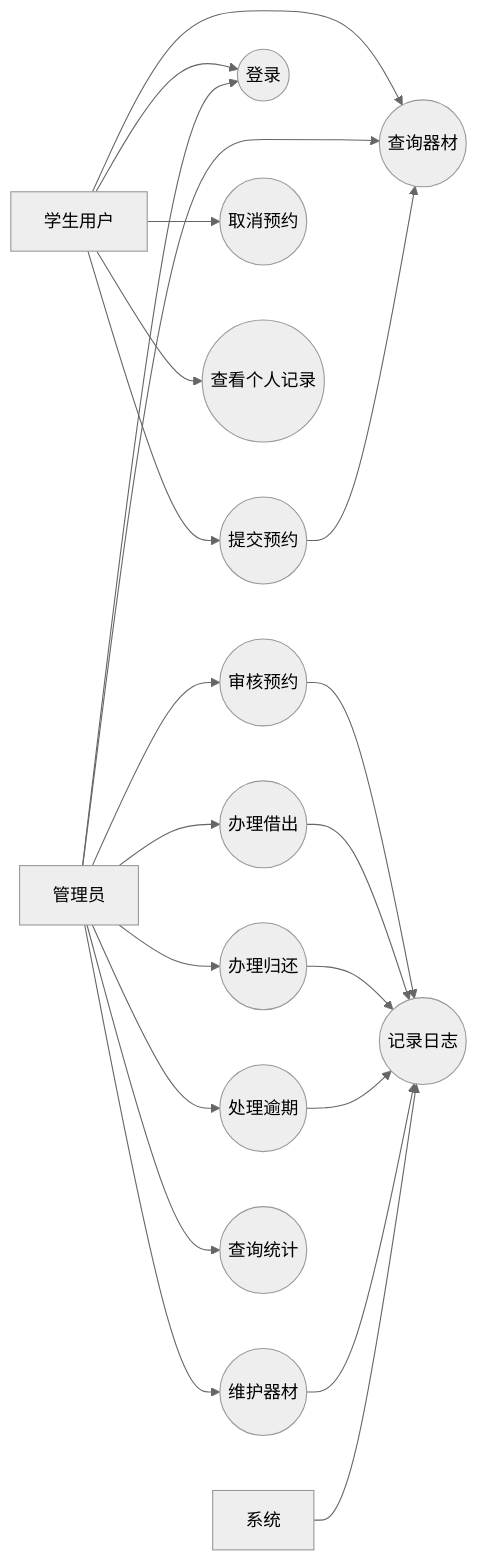
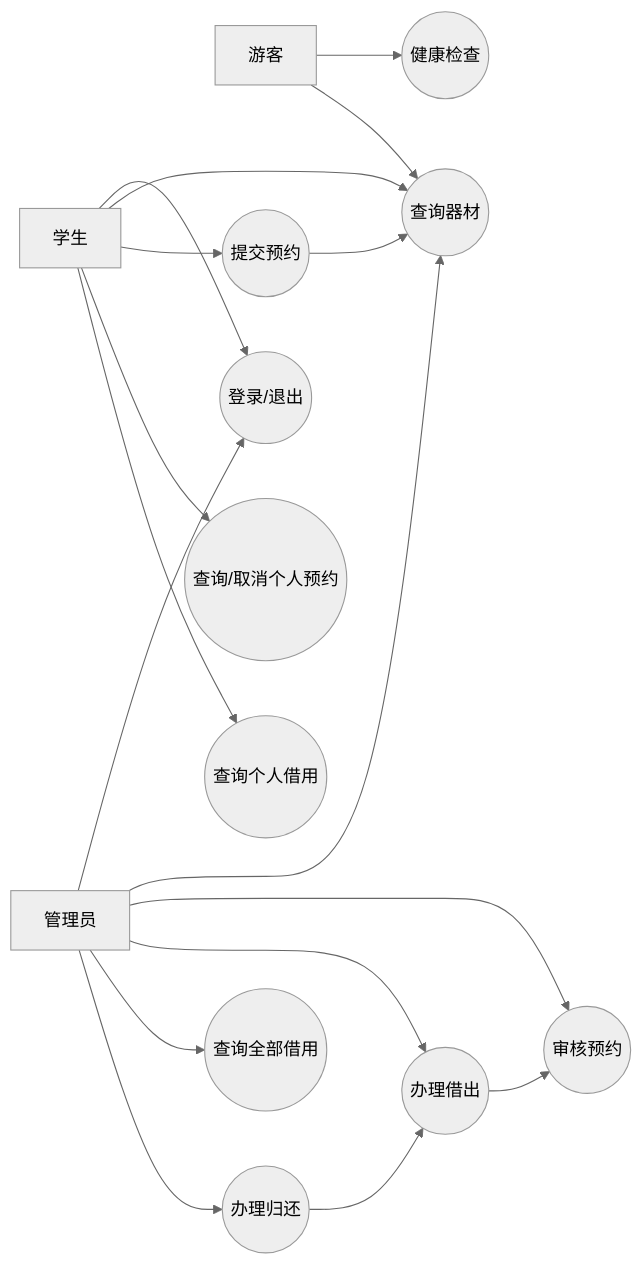
Before and after one commit to feiyangyang11/sports-equipment-architecture-project: the diagram in T2_需求用例与质量属性场景分析.md, drawn with Mermaid (neutral theme). The commit also changed other lines of this file and 27 other files, not shown here.

````diff
--- a/T2_需求用例与质量属性场景分析.md
+++ b/T2_需求用例与质量属性场景分析.md
@@ -39,42 +35,35 @@
 ```mermaid
 flowchart LR
-    Student[学生用户]
+    Guest[游客]
+    Student[学生]
     Admin[管理员]
-    System[系统]
 
-    UC1((登录))
-    UC2((查询器材))
-    UC3((提交预约))
-    UC4((取消预约))
-    UC5((查看个人记录))
-    UC6((审核预约))
-    UC7((办理借出))
-    UC8((办理归还))
-    UC9((处理逾期))
-    UC10((维护器材))
-    UC11((查询统计))
-    UC12((记录日志))
+    Health((健康检查))
+    Login((登录/退出))
+    Equipment((查询器材))
+    CreateReservation((提交预约))
+    MyReservation((查询/取消个人预约))
+    Review((审核预约))
+    Borrow((办理借出))
+    MyBorrow((查询个人借用))
+    AdminBorrow((查询全部借用))
+    Return((办理归还))
 
-    Student --> UC1
-    Student --> UC2
-    Student --> UC3
-    Student --> UC4
-    Student --> UC5
+    Guest --> Health
+    Guest --> Equipment
+    Student --> Login
+    Student --> Equipment
+    Student --> CreateReservation
+    Student --> MyReservation
+    Student --> MyBorrow
+    Admin --> Login
+    Admin --> Equipment
+    Admin --> Review
+    Admin --> Borrow
+    Admin --> AdminBorrow
+    Admin --> Return
 
-    Admin --> UC1
-    Admin --> UC2
-    Admin --> UC6
-    Admin --> UC7
-    Admin --> UC8
-    Admin --> UC9
-    Admin --> UC10
-    Admin --> UC11
-
-    UC3 --> UC2
-    UC6 --> UC12
-    UC7 --> UC12
-    UC8 --> UC12
-    UC9 --> UC12
-    UC10 --> UC12
-    System --> UC12
+    CreateReservation --> Equipment
+    Borrow --> Review
+    Return --> Borrow
 ```
````
